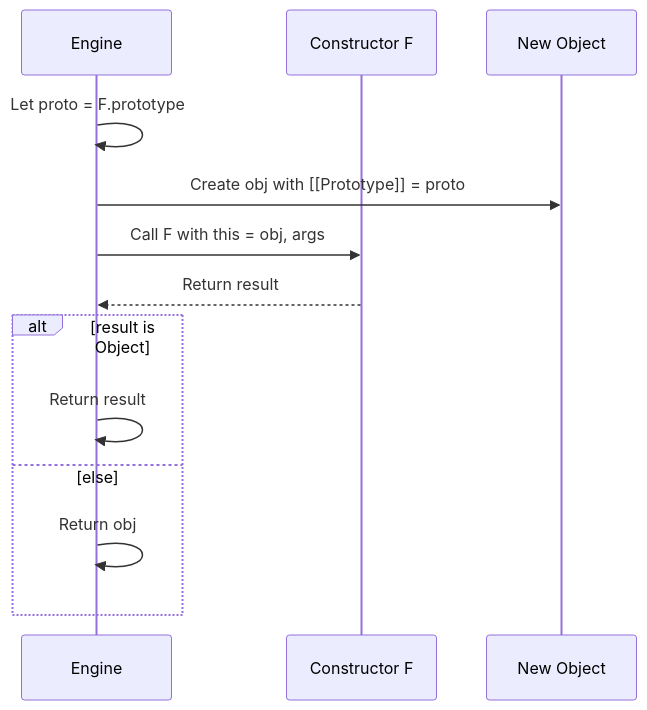
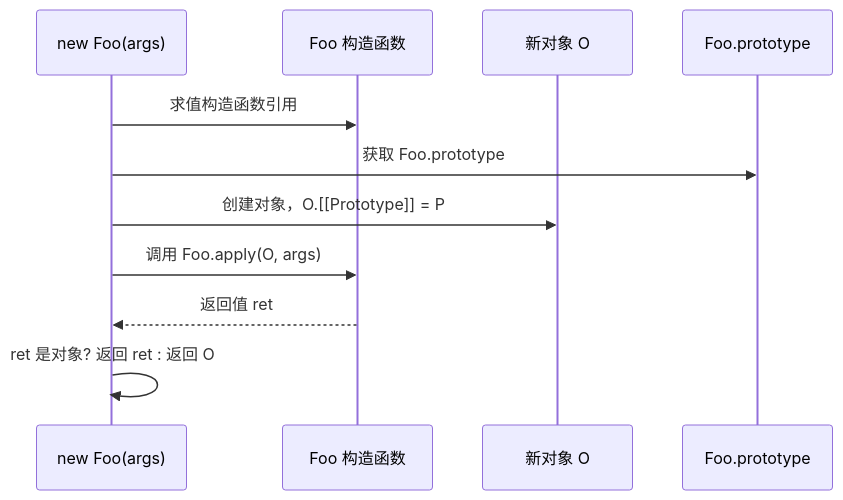
The third of 6 diagrams in jsts-language-core-system/09-object-model/02-prototype-chain.md (AdaMartin18010/JavaScriptTypeScript), drawn with Mermaid before and after one commit. The commit also changed other lines of this file and 13 other files, not shown here.

````diff
--- a/jsts-language-core-system/09-object-model/02-prototype-chain.md
+++ b/jsts-language-core-system/09-object-model/02-prototype-chain.md
@@ -136,15 +97,14 @@
 ```mermaid
 sequenceDiagram
-    participant E as Engine
-    participant F as Constructor F
-    participant O as New Object
-    E->>E: Let proto = F.prototype
-    E->>O: Create obj with [[Prototype]] = proto
-    E->>F: Call F with this = obj, args
-    F-->>E: Return result
-    alt result is Object
-        E->>E: Return result
-    else else
-        E->>E: Return obj
-    end
+    participant Expr as new Foo(args)
+    participant C as Foo 构造函数
+    participant O as 新对象 O
+    participant P as Foo.prototype
+
+    Expr->>C: 求值构造函数引用
+    Expr->>P: 获取 Foo.prototype
+    Expr->>O: 创建对象，O.[[Prototype]] = P
+    Expr->>C: 调用 Foo.apply(O, args)
+    C-->>Expr: 返回值 ret
+    Expr->>Expr: ret 是对象? 返回 ret : 返回 O
 ```
````
